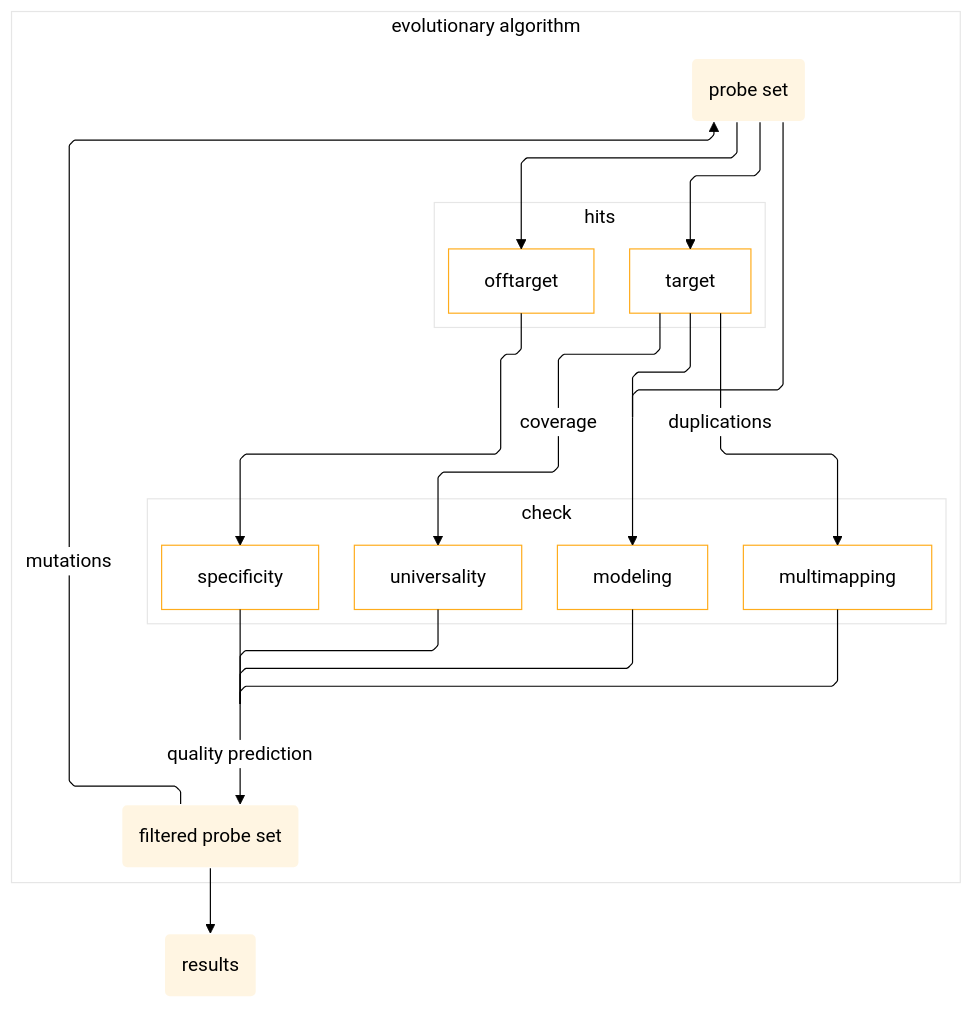
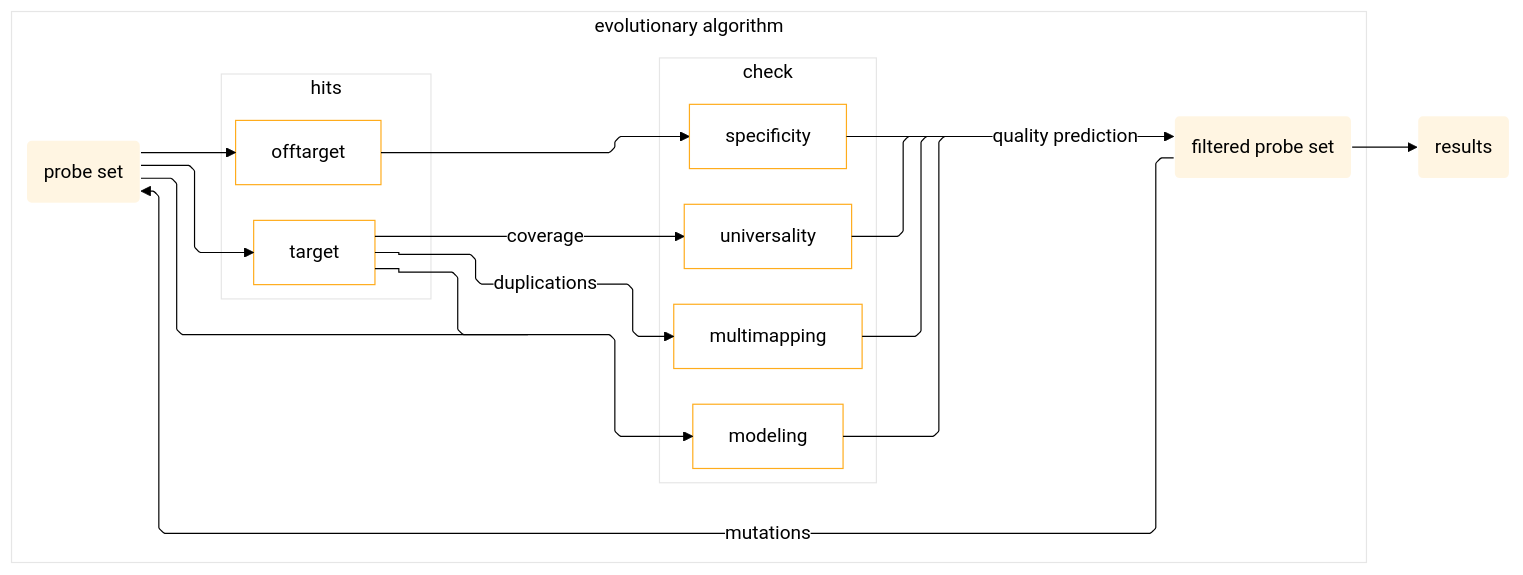
One commit to CTLab-ITMO/PROBEst changed the second of 3 diagrams in README.md. Above: the diagram before and after it, drawn with Mermaid. The commit also changed other lines of this file, not shown here.

````diff
--- a/README.md
+++ b/README.md
@@ -161,62 +163,62 @@
 ```mermaid
 ---
 config:
   layout: elk
   look: classic
 ---
 %%{init: {
   'theme': 'base',
   'themeVariables': {
     'fontFamily': 'arial',
     'fontSize': '16px',
     'primaryColor': '#fff',
     'primaryBorderColor': '#FFAC1C',
     'primaryTextColor': '#000',
     'lineColor': '#000',
     'secondaryColor': 'white',
     'tertiaryColor': '#fff',
     'subgraphBorderStyle': 'dotted'
   },
   'flowchart': {
     'curve': 'monotoneY',
     'padding': 15
   }
 }}%%
 
-graph TD
+graph LR
   subgraph evolutionary algorithm
     subgraph hits
-    TP
-    TN
+      TP
+      TN
     end
 
     B(probe set):::probe --> TP[target]
     B --> TN[offtarget]
+    B1 -- mutations --> B
 
     TP -- coverage --> T6[universality]
     TP -- duplications --> T7[multimapping]
     TN ---> T8[specificity]
 
     subgraph check
     T6
     T7
     T8
     M1
     end
 
     B --- E6[ ]:::empty --> M1[modeling]
     TP --- E6
 
     M1 --- E3[ ]:::empty
     T6 --- E3
     T7 --- E3
     T8 --- E3
     E3 -- quality prediction --> B1(filtered probe set):::probe
-    B1 -- mutations --> B
   end
   B1 --> T11(results):::probe
 
   classDef empty width:0px,height:0px;
   classDef input fill:#90EE9020,stroke:#fff,stroke-width:2px,shape:ellipse;
   classDef probe fill:#FFAC1C20,stroke:#fff,stroke-width:2px;
 ```
````
